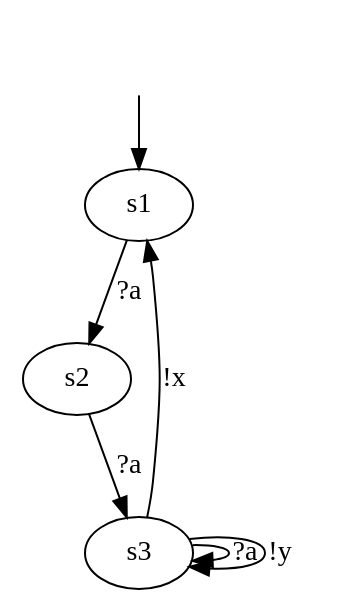
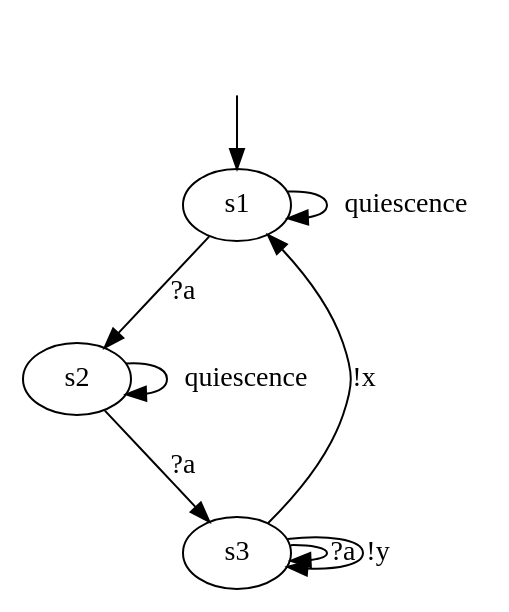
One commit to haubitzer/AALpy changed the diagram in DotModels/Iolts/08_iolts.dot. Above: the diagram before and after it, drawn with Graphviz. The commit also changed 8 other files, not shown here.

```diff
--- a/DotModels/Iolts/08_iolts.dot
+++ b/DotModels/Iolts/08_iolts.dot
@@ -1,15 +1,14 @@
-digraph learnedModel {
-
+digraph "../../DotModels/Iolts/08_iolts" {
 s1 [label=s1];
 s2 [label=s2];
 s3 [label=s3];
-
+s1 -> s1  [label=quiescence];
 s1 -> s2  [label="?a"];
+s2 -> s2  [label=quiescence];
 s2 -> s3  [label="?a"];
 s3 -> s1  [label="!x"];
 s3 -> s3  [label="?a"];
 s3 -> s3  [label="!y"];
-
 __start0 [label="", shape=none];
 __start0 -> s1  [label=""];
 }
```
